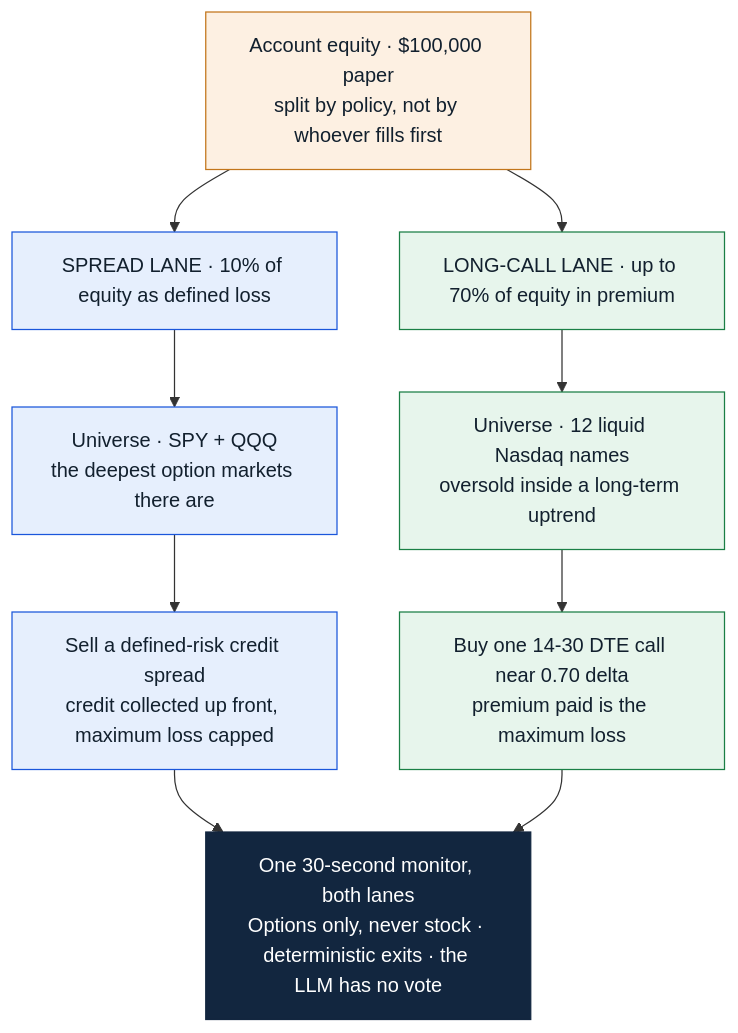
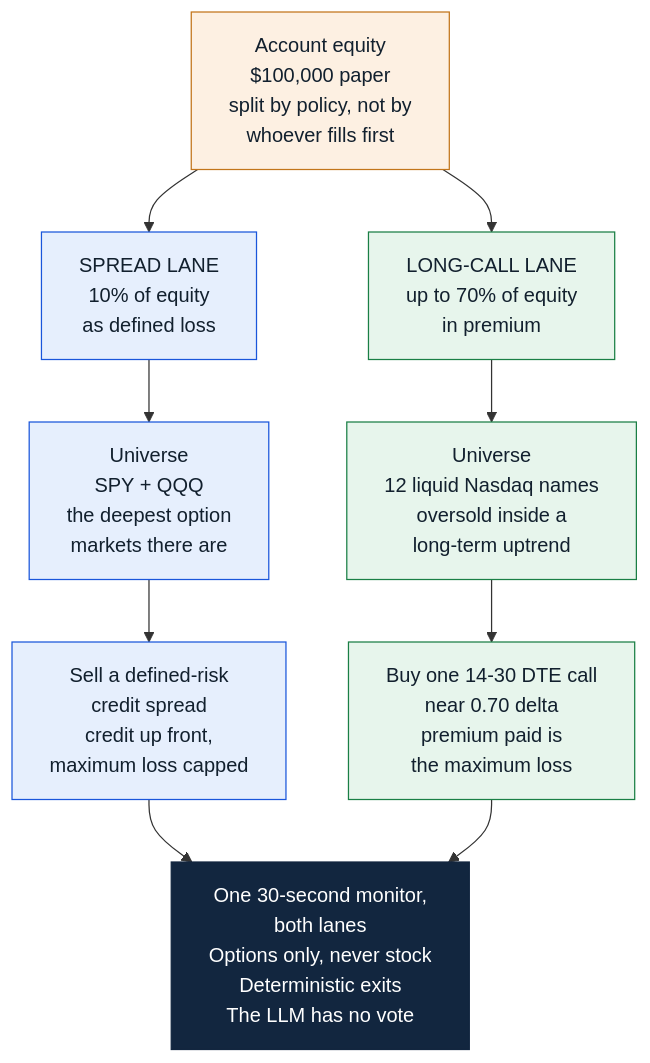
The first of 4 diagrams in README.md (hinagate/PacaPounce), drawn with Mermaid before and after one commit. The commit also changed other lines of this file, not shown here.

First line of the commit message:
Stop the diagram labels from overflowing their boxes

````diff
--- a/README.md
+++ b/README.md
@@ -63,24 +63,24 @@
 ```mermaid
 flowchart TD
-    EQ["Account equity · $100,000 paper<br/>split by policy, not by whoever fills first"]
-    EQ --> SL["SPREAD LANE · 10% of equity as defined loss"]
-    EQ --> LL["LONG-CALL LANE · up to 70% of equity in premium"]
+    EQ["Account equity<br/>$100,000 paper<br/>split by policy, not by<br/>whoever fills first"]
+    EQ --> SL["SPREAD LANE<br/>10% of equity<br/>as defined loss"]
+    EQ --> LL["LONG-CALL LANE<br/>up to 70% of equity<br/>in premium"]
 
-    SL --> SU["Universe · SPY + QQQ<br/>the deepest option markets there are"]
-    SU --> ST["Sell a defined-risk credit spread<br/>credit collected up front, maximum loss capped"]
+    SL --> SU["Universe<br/>SPY + QQQ<br/>the deepest option<br/>markets there are"]
+    SU --> ST["Sell a defined-risk<br/>credit spread<br/>credit up front,<br/>maximum loss capped"]
 
-    LL --> LU["Universe · 12 liquid Nasdaq names<br/>oversold inside a long-term uptrend"]
-    LU --> LT["Buy one 14-30 DTE call near 0.70 delta<br/>premium paid is the maximum loss"]
+    LL --> LU["Universe<br/>12 liquid Nasdaq names<br/>oversold inside a<br/>long-term uptrend"]
+    LU --> LT["Buy one 14-30 DTE call<br/>near 0.70 delta<br/>premium paid is<br/>the maximum loss"]
 
-    ST --> MON["One 30-second monitor, both lanes<br/>Options only, never stock · deterministic exits · the LLM has no vote"]
+    ST --> MON["One 30-second monitor,<br/>both lanes<br/>Options only, never stock<br/>Deterministic exits<br/>The LLM has no vote"]
     LT --> MON
 
     classDef eq fill:#fdf0e2,stroke:#c2751a,color:#12202e;
     classDef spread fill:#e6effd,stroke:#1a56db,color:#12202e;
     classDef longcall fill:#e7f5ec,stroke:#1a7f45,color:#12202e;
     classDef mon fill:#12263f,stroke:#12263f,color:#ffffff;
     class EQ eq;
     class SL,SU,ST spread;
     class LL,LU,LT longcall;
     class MON mon;
 ```
````
